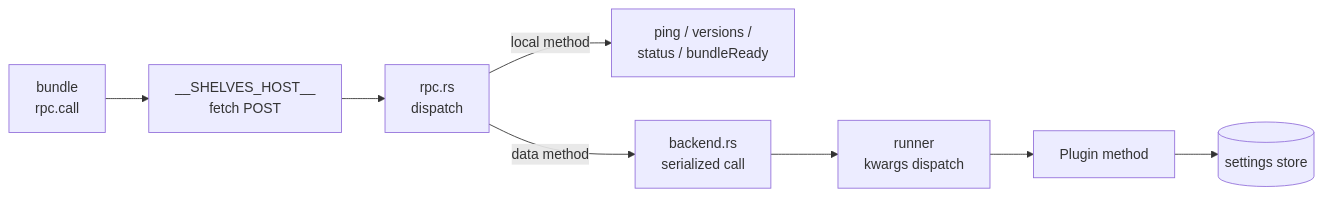
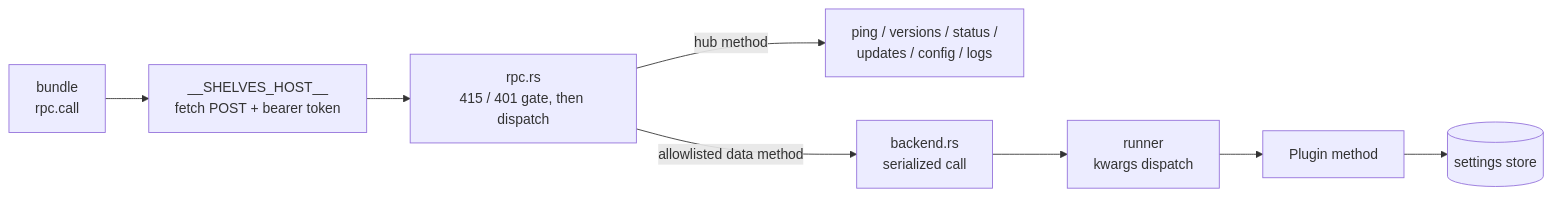
The third of 3 diagrams in docs/architecture.md (santojon/ShelvesHub), drawn with Mermaid before and after one commit. The commit also changed other lines of this file and 118 other files, not shown here.

````diff
--- a/docs/architecture.md
+++ b/docs/architecture.md
@@ -79,6 +79,6 @@
 ```mermaid
 flowchart LR
-    call["bundle<br/>rpc.call"] --> rt["__SHELVES_HOST__<br/>fetch POST"] --> srv["rpc.rs<br/>dispatch"]
-    srv -->|"local method"| local["ping / versions /<br/>status / bundleReady"]
-    srv -->|"data method"| prx["backend.rs<br/>serialized call"] --> run["runner<br/>kwargs dispatch"] --> m["Plugin method"] --> store[("settings store")]
+    call["bundle<br/>rpc.call"] --> rt["__SHELVES_HOST__<br/>fetch POST + bearer token"] --> srv["rpc.rs<br/>415 / 401 gate, then dispatch"]
+    srv -->|"hub method"| local["ping / versions / status /<br/>updates / config / logs"]
+    srv -->|"allowlisted data method"| prx["backend.rs<br/>serialized call"] --> run["runner<br/>kwargs dispatch"] --> m["Plugin method"] --> store[("settings store")]
 ```
````
